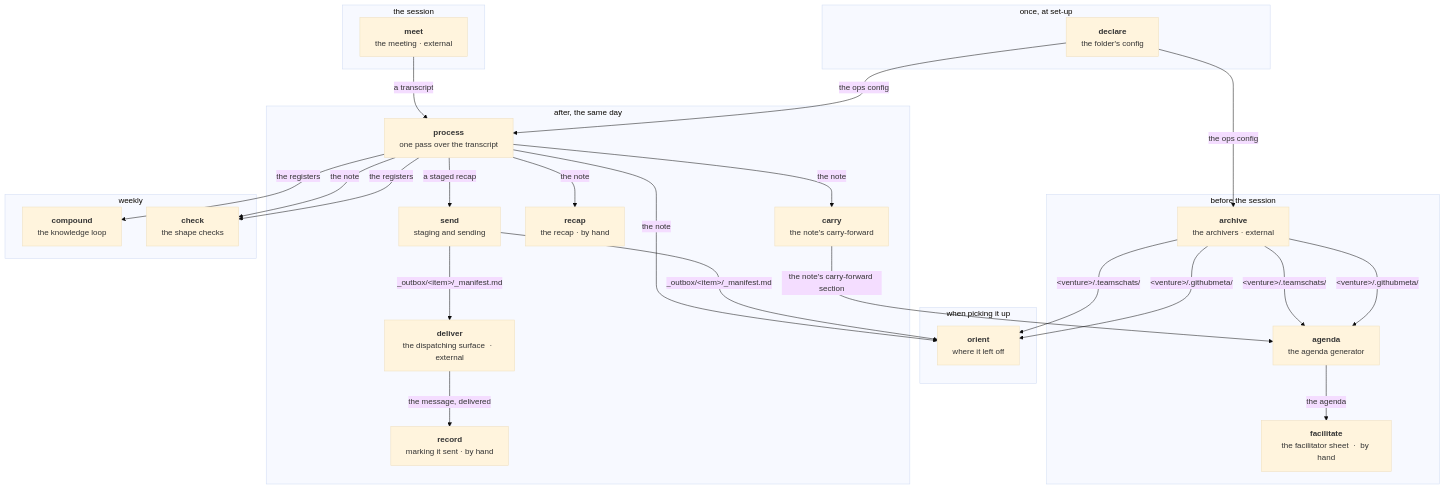
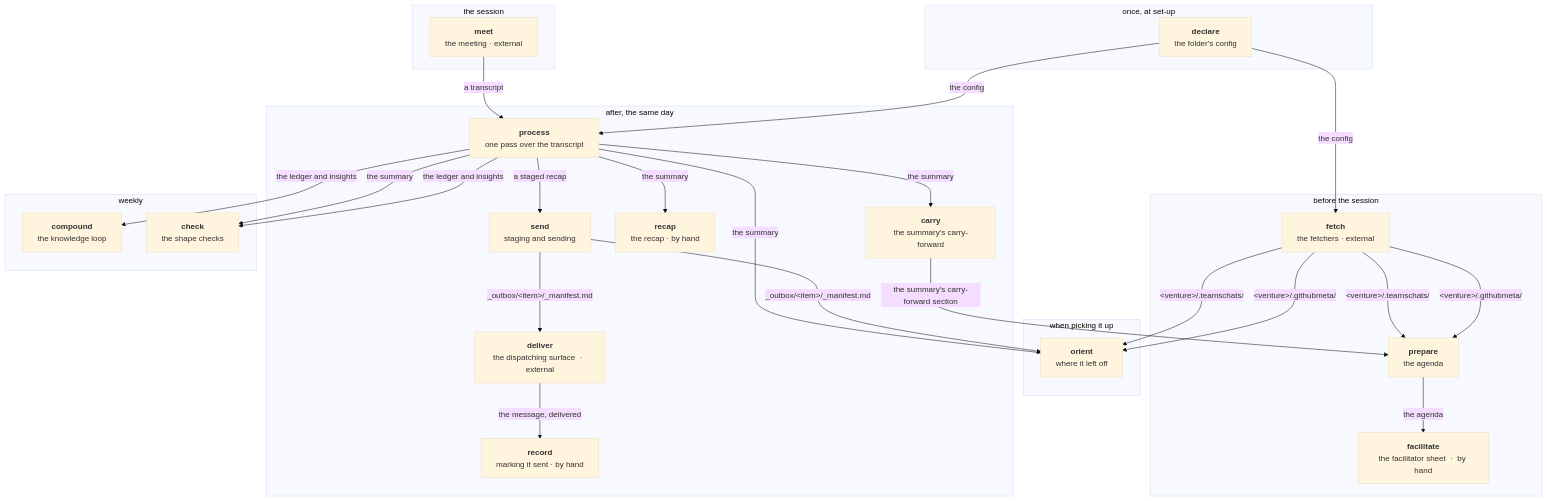
One commit to tandregbg/core-claude-skills changed the diagram in README.md. Above: the diagram before and after it, drawn with Mermaid (base theme). The commit also changed other lines of this file and 34 other files, not shown here.

````diff
--- a/README.md
+++ b/README.md
@@ -37,49 +37,49 @@
 ```mermaid
 graph TB
     subgraph p0["when picking it up"]
         orient["<b>orient</b><br/>where it left off"]
     end
     subgraph p1["once, at set-up"]
         declare["<b>declare</b><br/>the folder's config"]
     end
     subgraph p2["before the session"]
-        archive["<b>archive</b><br/>the archivers  ·  external"]
-        agenda["<b>agenda</b><br/>the agenda generator"]
+        fetch["<b>fetch</b><br/>the fetchers  ·  external"]
+        prepare["<b>prepare</b><br/>the agenda"]
         facilitate["<b>facilitate</b><br/>the facilitator sheet  ·  by hand"]
     end
     subgraph p3["the session"]
         meet["<b>meet</b><br/>the meeting  ·  external"]
     end
     subgraph p4["after, the same day"]
         process["<b>process</b><br/>one pass over the transcript"]
-        carry["<b>carry</b><br/>the note's carry-forward"]
+        carry["<b>carry</b><br/>the summary's carry-forward"]
         recap["<b>recap</b><br/>the recap  ·  by hand"]
         send["<b>send</b><br/>staging and sending"]
         deliver["<b>deliver</b><br/>the dispatching surface  ·  external"]
         record["<b>record</b><br/>marking it sent  ·  by hand"]
     end
     subgraph p5["weekly"]
         compound["<b>compound</b><br/>the knowledge loop"]
         check["<b>check</b><br/>the shape checks"]
     end
 
-    process -->|the note| orient
+    process -->|the summary| orient
     send -->|_outbox/&lt;item&gt;/_manifest.md| orient
-    archive -->|&lt;venture&gt;/.teamschats/| orient
-    archive -->|&lt;venture&gt;/.githubmeta/| orient
-    declare -->|the ops config| archive
-    archive -->|&lt;venture&gt;/.teamschats/| agenda
-    archive -->|&lt;venture&gt;/.githubmeta/| agenda
-    carry -->|the note's carry-forward section| agenda
-    agenda -->|the agenda| facilitate
+    fetch -->|&lt;venture&gt;/.teamschats/| orient
+    fetch -->|&lt;venture&gt;/.githubmeta/| orient
+    declare -->|the config| fetch
+    fetch -->|&lt;venture&gt;/.teamschats/| prepare
+    fetch -->|&lt;venture&gt;/.githubmeta/| prepare
+    carry -->|the summary's carry-forward section| prepare
+    prepare -->|the agenda| facilitate
     meet -->|a transcript| process
-    declare -->|the ops config| process
-    process -->|the note| carry
-    process -->|the note| recap
+    declare -->|the config| process
+    process -->|the summary| carry
+    process -->|the summary| recap
     process -->|a staged recap| send
     send -->|_outbox/&lt;item&gt;/_manifest.md| deliver
     deliver -->|the message, delivered| record
-    process -->|the registers| compound
-    process -->|the note| check
-    process -->|the registers| check
+    process -->|the ledger and insights| compound
+    process -->|the summary| check
+    process -->|the ledger and insights| check
 ```
````
